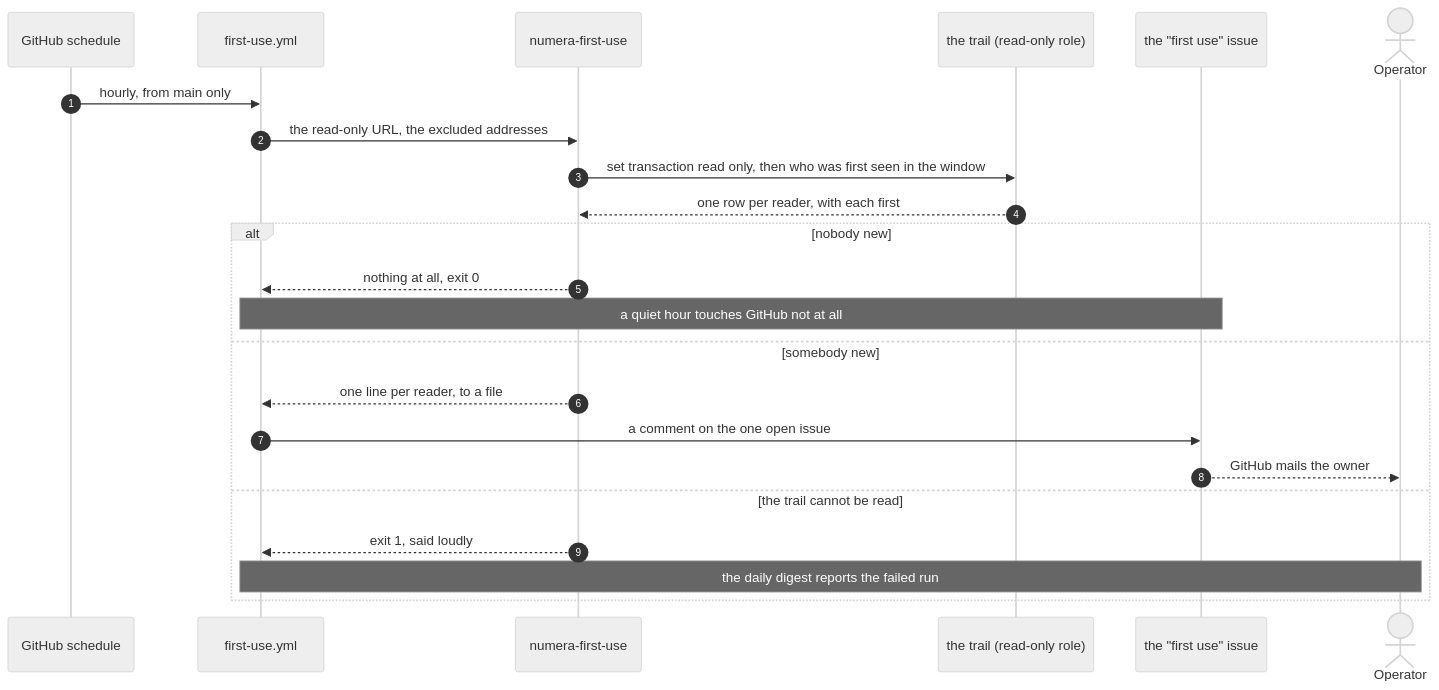
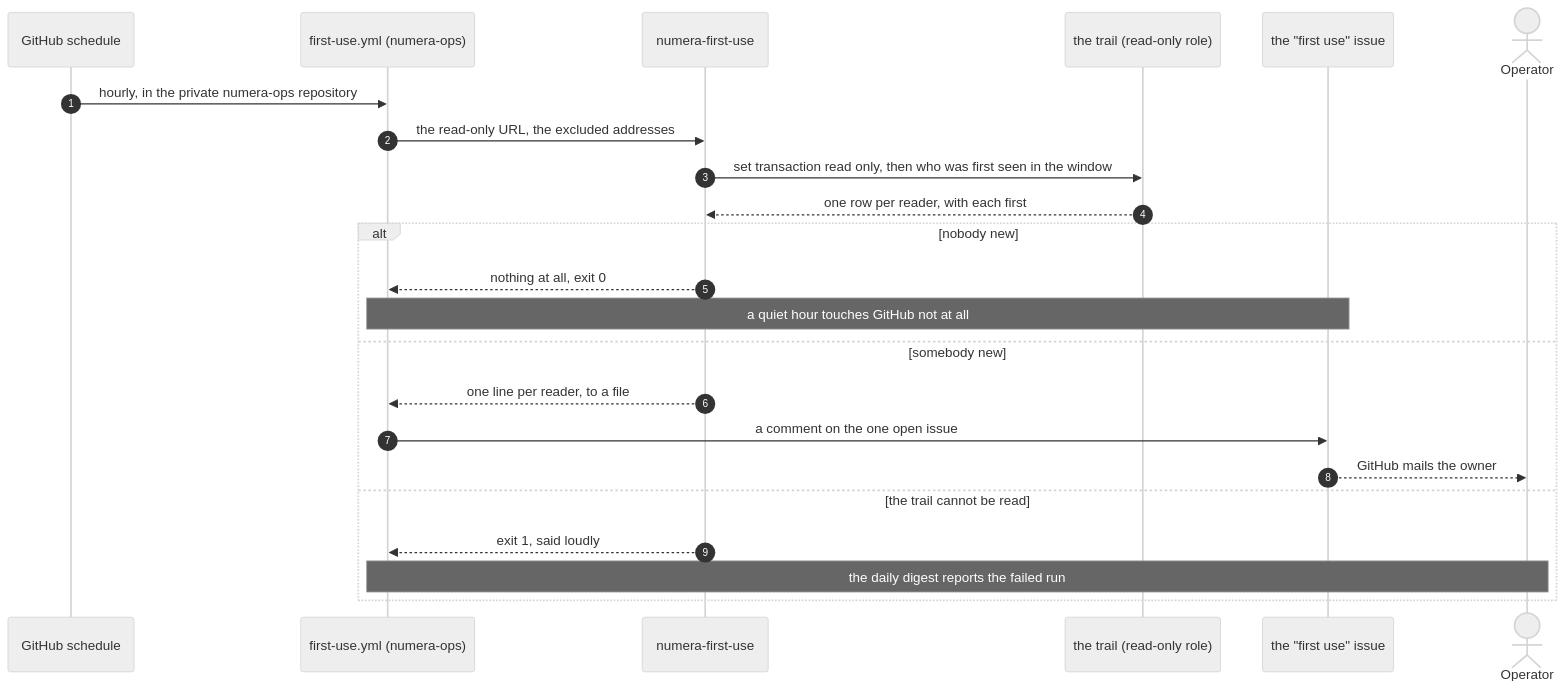
The sixth of 14 diagrams in docs/diagrams/architecture.md (DukeOfErl/Numera), drawn with Mermaid (neutral theme) before and after one commit. The commit also changed other lines of this file and 10 other files, not shown here.

First line of the commit message:
Move the first-use alert to the private numera-ops (ADR-2050)

````diff
--- a/docs/diagrams/architecture.md
+++ b/docs/diagrams/architecture.md
@@ -307,25 +307,25 @@
 ```mermaid
 sequenceDiagram
     autonumber
     participant Tick as GitHub schedule
-    participant Job as first-use.yml
+    participant Job as first-use.yml (numera-ops)
     participant Cmd as numera-first-use
     participant Trail as the trail (read-only role)
     participant Issue as the "first use" issue
     actor Operator
-    Tick->>Job: hourly, from main only
+    Tick->>Job: hourly, in the private numera-ops repository
     Job->>Cmd: the read-only URL, the excluded addresses
     Cmd->>Trail: set transaction read only, then who was first seen in the window
     Trail-->>Cmd: one row per reader, with each first
     alt nobody new
         Cmd-->>Job: nothing at all, exit 0
         Note over Job,Issue: a quiet hour touches GitHub not at all
     else somebody new
         Cmd-->>Job: one line per reader, to a file
         Job->>Issue: a comment on the one open issue
         Issue-->>Operator: GitHub mails the owner
     else the trail cannot be read
         Cmd-->>Job: exit 1, said loudly
         Note over Job,Operator: the daily digest reports the failed run
     end
 ```
````
